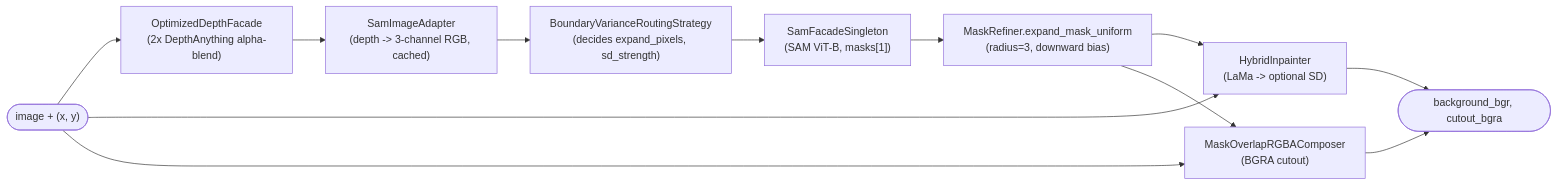
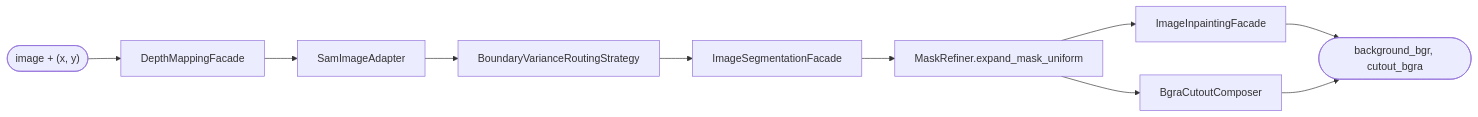
Before and after one commit to 1mache/avroom: the diagram in docs/ai-pipeline/README.md, drawn with Mermaid. The commit also changed other lines of this file and 144 other files, not shown here.

````diff
--- a/docs/ai-pipeline/README.md
+++ b/docs/ai-pipeline/README.md
@@ -31,17 +33,15 @@
 ```mermaid
 flowchart LR
     input(["image + (x, y)"])
-    depth["OptimizedDepthFacade<br/>(2x DepthAnything alpha-blend)"]
-    adapter["SamImageAdapter<br/>(depth -> 3-channel RGB, cached)"]
-    router["BoundaryVarianceRoutingStrategy<br/>(decides expand_pixels, sd_strength)"]
-    sam["SamFacadeSingleton<br/>(SAM ViT-B, masks[1])"]
-    refine["MaskRefiner.expand_mask_uniform<br/>(radius=3, downward bias)"]
-    hybrid["HybridInpainter<br/>(LaMa -> optional SD)"]
-    compose["MaskOverlapRGBAComposer<br/>(BGRA cutout)"]
+    depth["DepthMappingFacade"]
+    adapter["SamImageAdapter"]
+    router["BoundaryVarianceRoutingStrategy"]
+    seg["ImageSegmentationFacade"]
+    refine["MaskRefiner.expand_mask_uniform"]
+    inp["ImageInpaintingFacade"]
+    compose["BgraCutoutComposer"]
     out(["background_bgr, cutout_bgra"])
 
-    input --> depth --> adapter --> router --> sam --> refine --> hybrid --> out
-    input --> hybrid
-    input --> compose --> out
-    refine --> compose
+    input --> depth --> adapter --> router --> seg --> refine --> inp --> out
+    refine --> compose --> out
 ```
````
